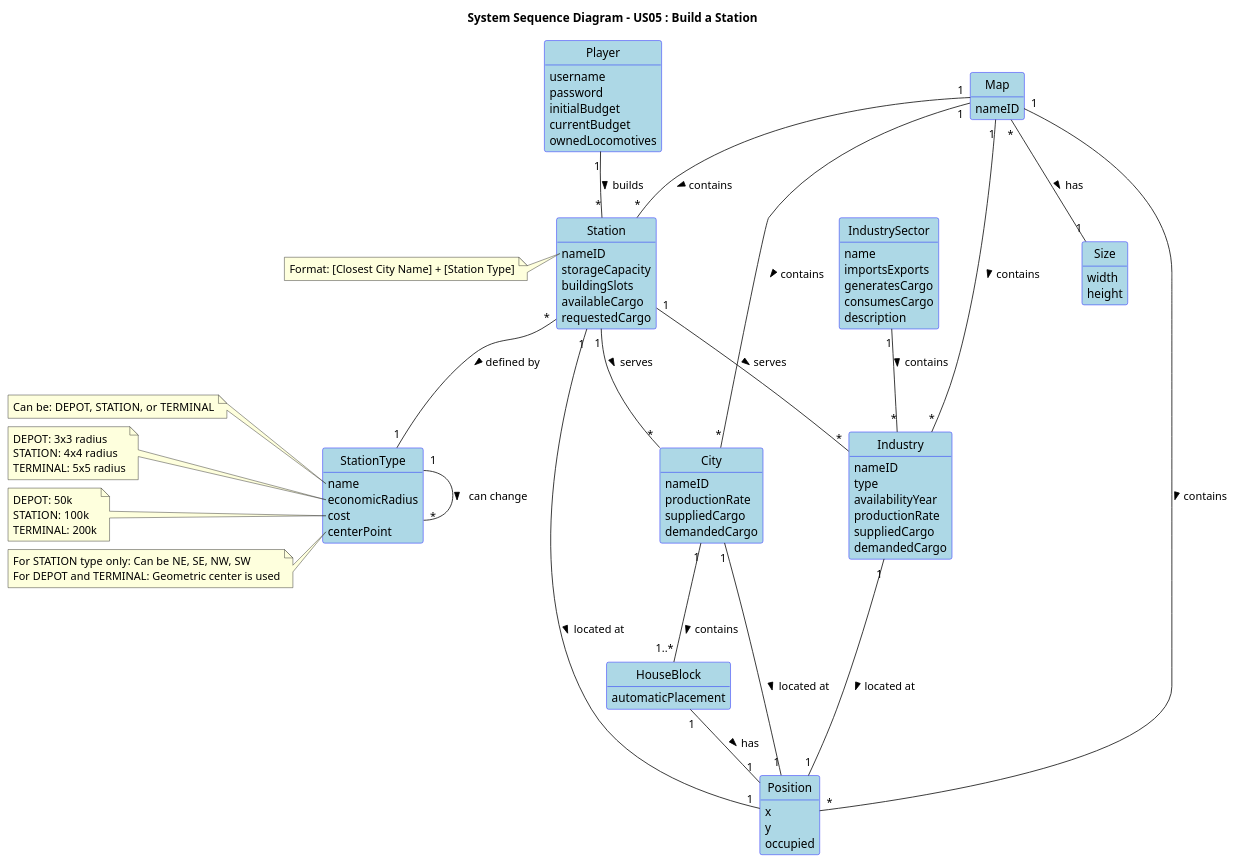
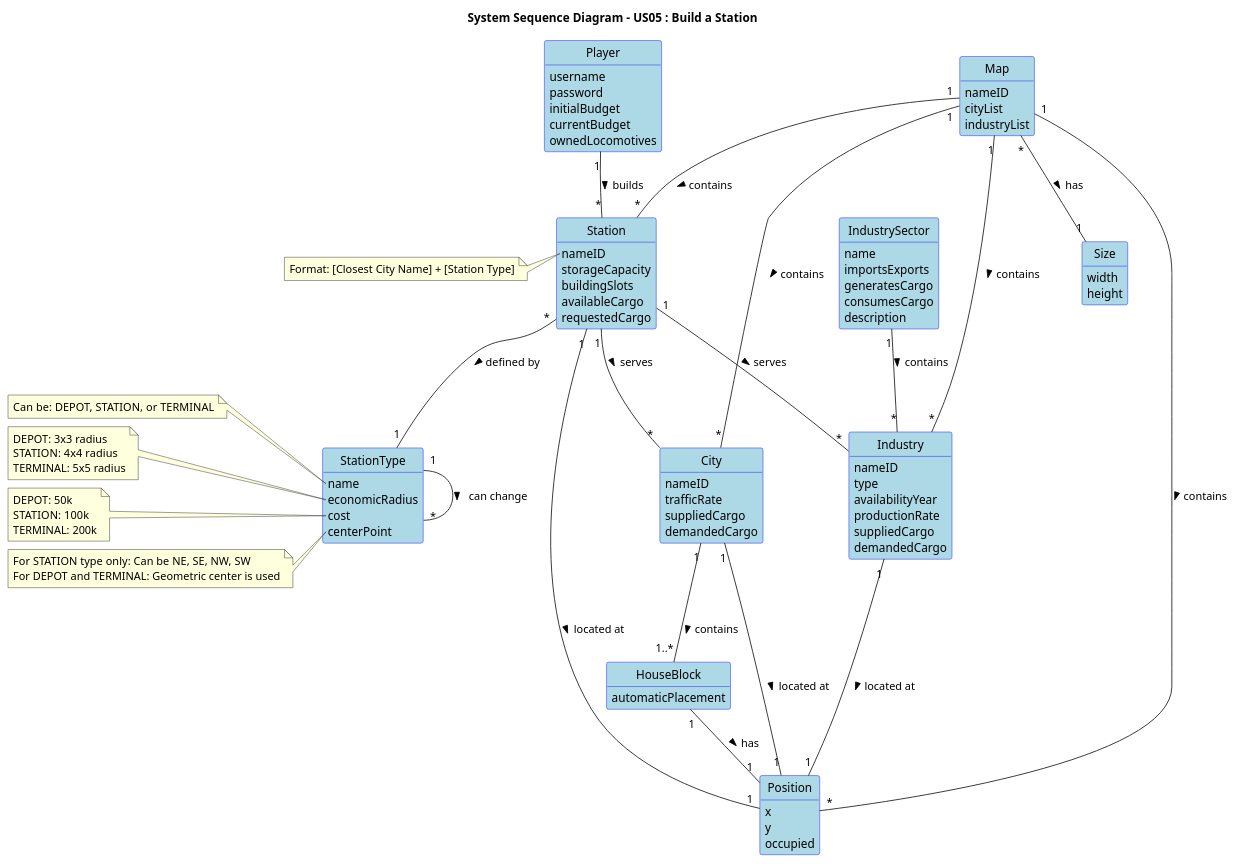
Before and after one commit to HenriqueSilva18/Railway-Network-Simulator: the diagram in docs/system-documentation/Sprint 2/US05/02.analysis/puml/US05-DM.puml, drawn with PlantUML. The commit also changed 3 other files, not shown here.

```diff
--- a/docs/system-documentation/Sprint 2/US05/02.analysis/puml/US05-DM.puml
+++ b/docs/system-documentation/Sprint 2/US05/02.analysis/puml/US05-DM.puml
@@ -1,127 +1,129 @@
 @startuml
 skinparam shadowing false
 skinparam classAttributeIconSize 0
 skinparam class {
   BackgroundColor LightBlue
   BorderColor Blue
 }
 hide circle
 hide methods
 
 title "System Sequence Diagram - US05 : Build a Station"
 
 class Player {
   username
   password
   initialBudget
   currentBudget
   ownedLocomotives
 }
 
 class Map {
   nameID
+  cityList
+  industryList
 }
 
 class City {
   nameID
-  productionRate
+  trafficRate
   suppliedCargo
   demandedCargo
 }
 
 class Industry {
   nameID
   type
   availabilityYear
   productionRate
   suppliedCargo
   demandedCargo
 }
 
 class IndustrySector {
   name
   importsExports
   generatesCargo
   consumesCargo
   description
 }
 
 class Position {
   x
   y
   occupied
 }
 
 class Size {
   width
   height
 }
 
 class Station {
   nameID
   storageCapacity
   buildingSlots
   availableCargo
   requestedCargo
 }
 
 class StationType {
   name
   economicRadius
   cost
   centerPoint
 }
 
 class HouseBlock {
   automaticPlacement
 }
 
 
 note left of Station::nameID
   Format: [Closest City Name] + [Station Type]
 end note
 
 note left of StationType::name
   Can be: DEPOT, STATION, or TERMINAL
 end note
 
 note left of StationType::economicRadius
   DEPOT: 3x3 radius
   STATION: 4x4 radius
   TERMINAL: 5x5 radius
 end note
 
 note left of StationType::cost
   DEPOT: 50k
   STATION: 100k
   TERMINAL: 200k
 end note
 
 note left of StationType::centerPoint
   For STATION type only: Can be NE, SE, NW, SW
   For DEPOT and TERMINAL: Geometric center is used
 end note
 
 ' Relationships with corrected multiplicities
 Player "1" -- "*" Station : builds >
 City "1" -- "1" Position : located at >
 Industry "1" -- "1" Position : located at >
 Map "1" -- "*" City : contains >
 Map "1" -- "*" Industry : contains >
 Map "1" -- "*" Position : contains >
 Map "1" -- "*" Station : contains >
 Map "*" -- "1" Size : has >
 Station "1" -- "*" City : serves >
 Station "1" -- "*" Industry : serves >
 Station "1" -- "1" Position : located at >
 
 City "1" -- "1..*" HouseBlock : contains >
 HouseBlock "1" -- "1" Position : has >
 
 IndustrySector "1" -- "*" Industry : contains >
 Station "*" -- "1" StationType : defined by >
 
 StationType "1" -- "*" StationType : can change >
 
 
 @enduml
```
